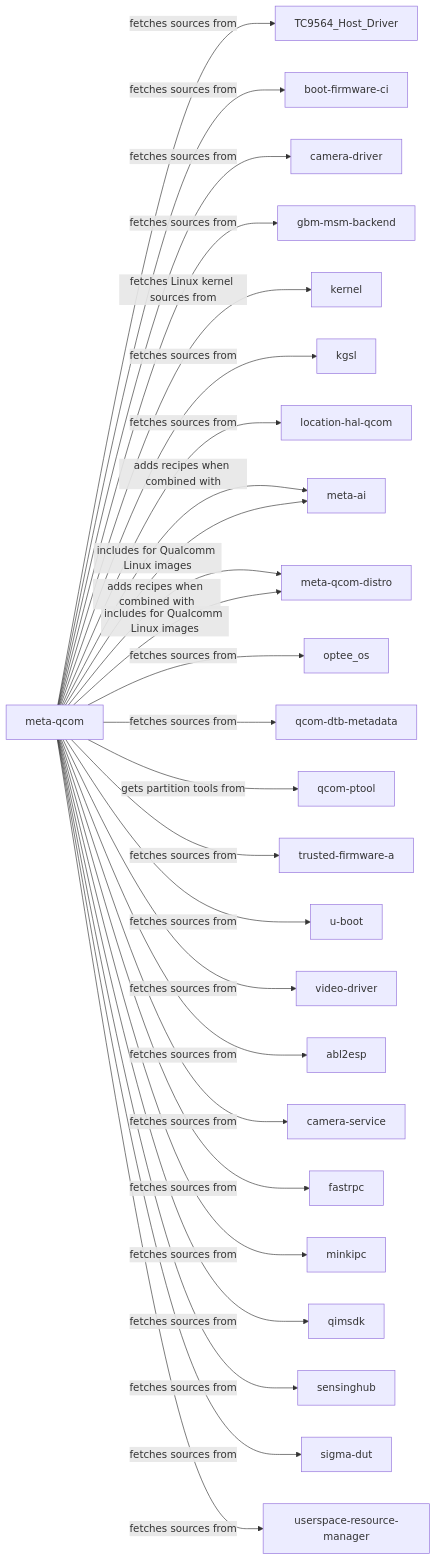
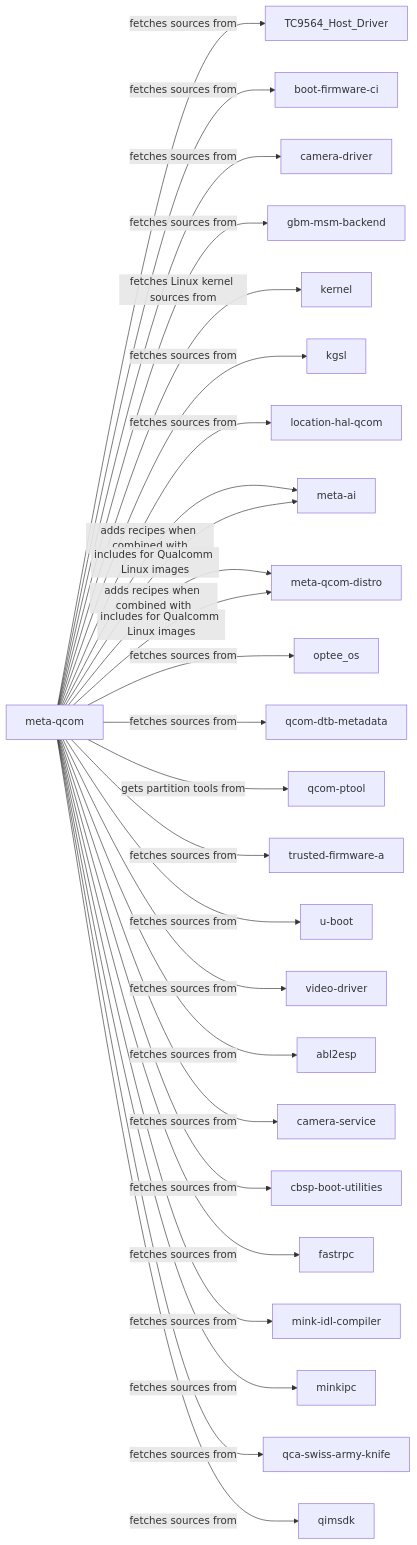
The first of 6 diagrams in README.md (devdocsorg/qualcomm-repository-map), drawn with Mermaid before and after one commit. The commit also changed other lines of this file and 2 other files, not shown here.

````diff
--- a/README.md
+++ b/README.md
@@ -20,76 +20,76 @@
 ```mermaid
 flowchart LR
     r0["TC9564_Host_Driver"]
     click r0 href "https://github.com/qualcomm-linux/TC9564_Host_Driver" _blank
     r1["boot-firmware-ci"]
     click r1 href "https://github.com/qualcomm-linux/boot-firmware-ci" _blank
     r2["camera-driver"]
     click r2 href "https://github.com/qualcomm-linux/camera-driver" _blank
     r3["gbm-msm-backend"]
     click r3 href "https://github.com/qualcomm-linux/gbm-msm-backend" _blank
     r4["kernel"]
     click r4 href "https://github.com/qualcomm-linux/kernel" _blank
     r5["kgsl"]
     click r5 href "https://github.com/qualcomm-linux/kgsl" _blank
     r6["location-hal-qcom"]
     click r6 href "https://github.com/qualcomm-linux/location-hal-qcom" _blank
     r7["meta-ai"]
     click r7 href "https://github.com/qualcomm-linux/meta-ai" _blank
     r8["meta-qcom"]
     click r8 href "https://github.com/qualcomm-linux/meta-qcom" _blank
     r9["meta-qcom-distro"]
     click r9 href "https://github.com/qualcomm-linux/meta-qcom-distro" _blank
     r10["optee_os"]
     click r10 href "https://github.com/qualcomm-linux/optee_os" _blank
     r11["qcom-dtb-metadata"]
     click r11 href "https://github.com/qualcomm-linux/qcom-dtb-metadata" _blank
     r12["qcom-ptool"]
     click r12 href "https://github.com/qualcomm-linux/qcom-ptool" _blank
     r13["trusted-firmware-a"]
     click r13 href "https://github.com/qualcomm-linux/trusted-firmware-a" _blank
     r14["u-boot"]
     click r14 href "https://github.com/qualcomm-linux/u-boot" _blank
     r15["video-driver"]
     click r15 href "https://github.com/qualcomm-linux/video-driver" _blank
     r16["abl2esp"]
     click r16 href "https://github.com/qualcomm/abl2esp" _blank
     r17["camera-service"]
     click r17 href "https://github.com/qualcomm/camera-service" _blank
-    r18["fastrpc"]
-    click r18 href "https://github.com/qualcomm/fastrpc" _blank
-    r19["minkipc"]
-    click r19 href "https://github.com/qualcomm/minkipc" _blank
-    r20["qimsdk"]
-    click r20 href "https://github.com/qualcomm/qimsdk" _blank
-    r21["sensinghub"]
-    click r21 href "https://github.com/qualcomm/sensinghub" _blank
-    r22["sigma-dut"]
-    click r22 href "https://github.com/qualcomm/sigma-dut" _blank
-    r23["userspace-resource-manager"]
-    click r23 href "https://github.com/qualcomm/userspace-resource-manager" _blank
+    r18["cbsp-boot-utilities"]
+    click r18 href "https://github.com/qualcomm/cbsp-boot-utilities" _blank
+    r19["fastrpc"]
+    click r19 href "https://github.com/qualcomm/fastrpc" _blank
+    r20["mink-idl-compiler"]
+    click r20 href "https://github.com/qualcomm/mink-idl-compiler" _blank
+    r21["minkipc"]
+    click r21 href "https://github.com/qualcomm/minkipc" _blank
+    r22["qca-swiss-army-knife"]
+    click r22 href "https://github.com/qualcomm/qca-swiss-army-knife" _blank
+    r23["qimsdk"]
+    click r23 href "https://github.com/qualcomm/qimsdk" _blank
     r8 -->|"fetches sources from"| r0
     r8 -->|"fetches sources from"| r1
     r8 -->|"fetches sources from"| r2
     r8 -->|"fetches sources from"| r3
     r8 -->|"fetches Linux kernel sources from"| r4
     r8 -->|"fetches sources from"| r5
     r8 -->|"fetches sources from"| r6
     r8 -->|"adds recipes when combined with"| r7
     r8 -->|"includes for Qualcomm Linux images"| r7
     r8 -->|"adds recipes when combined with"| r9
     r8 -->|"includes for Qualcomm Linux images"| r9
     r8 -->|"fetches sources from"| r10
     r8 -->|"fetches sources from"| r11
     r8 -->|"gets partition tools from"| r12
     r8 -->|"fetches sources from"| r13
     r8 -->|"fetches sources from"| r14
     r8 -->|"fetches sources from"| r15
     r8 -->|"fetches sources from"| r16
     r8 -->|"fetches sources from"| r17
     r8 -->|"fetches sources from"| r18
     r8 -->|"fetches sources from"| r19
     r8 -->|"fetches sources from"| r20
     r8 -->|"fetches sources from"| r21
     r8 -->|"fetches sources from"| r22
     r8 -->|"fetches sources from"| r23
 ```
````
